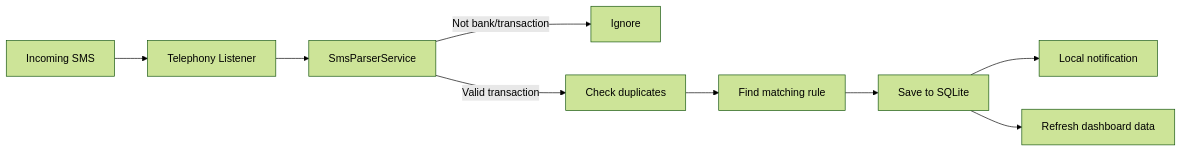
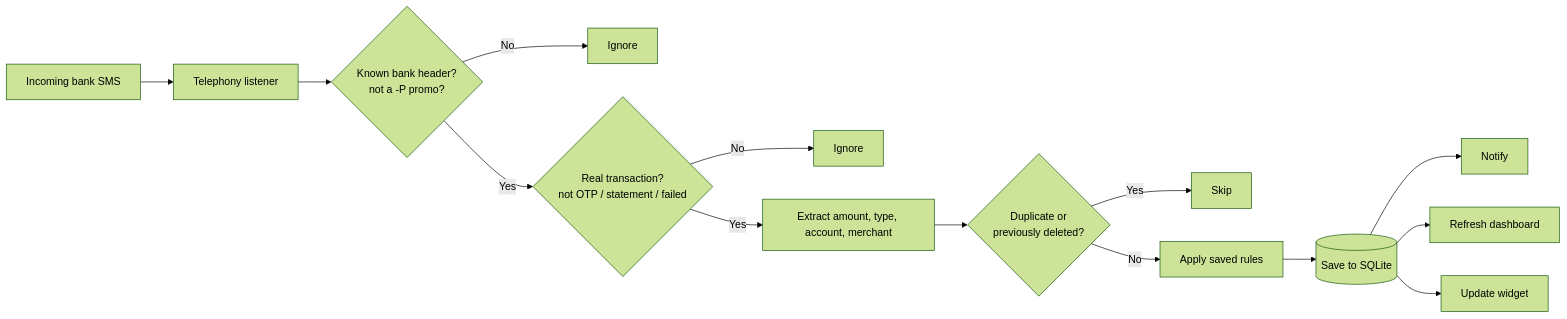
Before and after one commit to Yolo-cell-hash/budgetify: the fourth of 8 diagrams in README.md, drawn with Mermaid (forest theme). The commit also changed other lines of this file and 1 other file, not shown here.

````diff
--- a/README.md
+++ b/README.md
@@ -65,11 +189,16 @@
 ```mermaid
 flowchart LR
-  SMS[Incoming SMS] --> Listener[Telephony Listener]
-  Listener --> Parser[SmsParserService]
-  Parser -->|Not bank/transaction| Ignore[Ignore]
-  Parser -->|Valid transaction| Dedup[Check duplicates]
-  Dedup --> RuleMatch[Find matching rule]
-  RuleMatch --> Save[Save to SQLite]
-  Save --> Notify[Local notification]
-  Save --> Refresh[Refresh dashboard data]
+  SMS[Incoming bank SMS] --> Listen[Telephony listener]
+  Listen --> Sender{Known bank header?<br/>not a -P promo?}
+  Sender -- No --> Drop1[Ignore]
+  Sender -- Yes --> Kind{Real transaction?<br/>not OTP / statement / failed}
+  Kind -- No --> Drop2[Ignore]
+  Kind -- Yes --> Ex[Extract amount, type, account, merchant]
+  Ex --> Dup{Duplicate or<br/>previously deleted?}
+  Dup -- Yes --> Drop3[Skip]
+  Dup -- No --> Rule[Apply saved rules]
+  Rule --> Save[(Save to SQLite)]
+  Save --> Note[Notify]
+  Save --> Refresh[Refresh dashboard]
+  Save --> Widget[Update widget]
 ```
````
